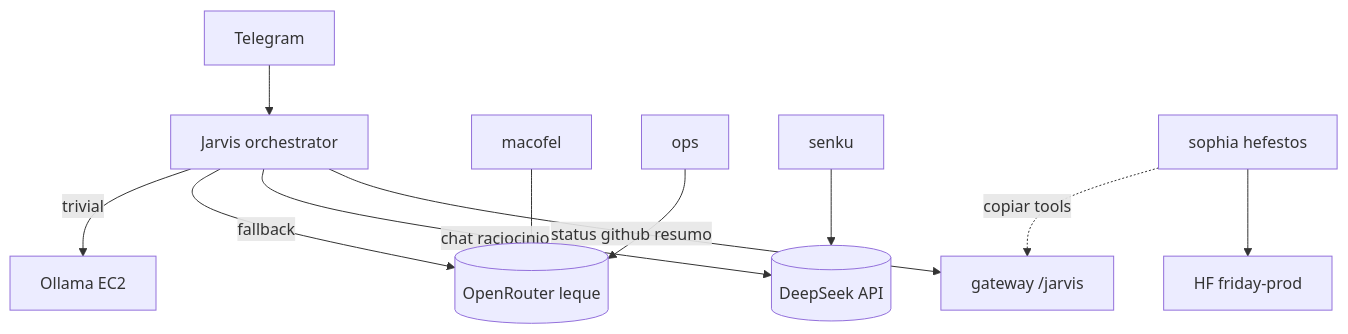
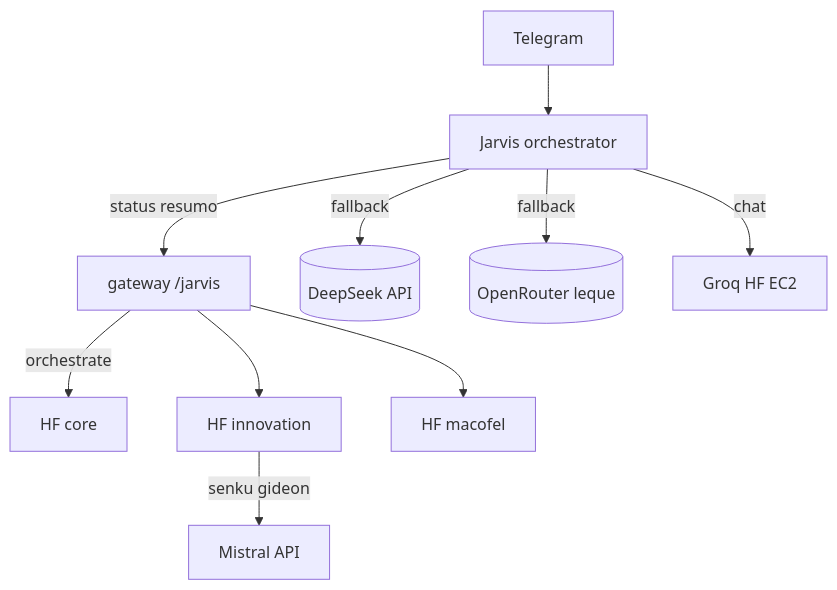
The diagram in docs/LEQUE-IAS.md (Aldebaran-LW/Agente_F.R.I.D.A.Y), drawn with Mermaid before and after one commit. The commit also changed other lines of this file and 1 other file, not shown here.

````diff
--- a/docs/LEQUE-IAS.md
+++ b/docs/LEQUE-IAS.md
@@ -102,22 +112,24 @@
 ```mermaid
 flowchart TB
   TG[Telegram]
   J[Jarvis orchestrator]
   GW[gateway /jarvis]
   DS[(DeepSeek API)]
   OR[(OpenRouter leque)]
-  OL[Ollama EC2]
-  HF[HF friday-prod]
+  GQ[Groq HF EC2]
+  HFC[HF core]
+  HFI[HF innovation]
+  HFM[HF macofel]
+  MIST[Mistral API]
 
   TG --> J
-  J -->|status github resumo| GW
-  J -->|chat raciocinio| DS
+  J -->|status resumo| GW
+  J -->|chat| GQ
+  J -->|fallback| DS
   J -->|fallback| OR
-  J -->|trivial| OL
 
-  M[macofel] --> OR
-  O[ops] --> OR
-  S[senku] --> DS
-  SP[sophia hefestos] --> HF
-  SP -.copiar tools.-> GW
+  GW -->|orchestrate| HFC
+  GW --> HFI
+  GW --> HFM
+  HFI -->|senku gideon| MIST
 ```
````
